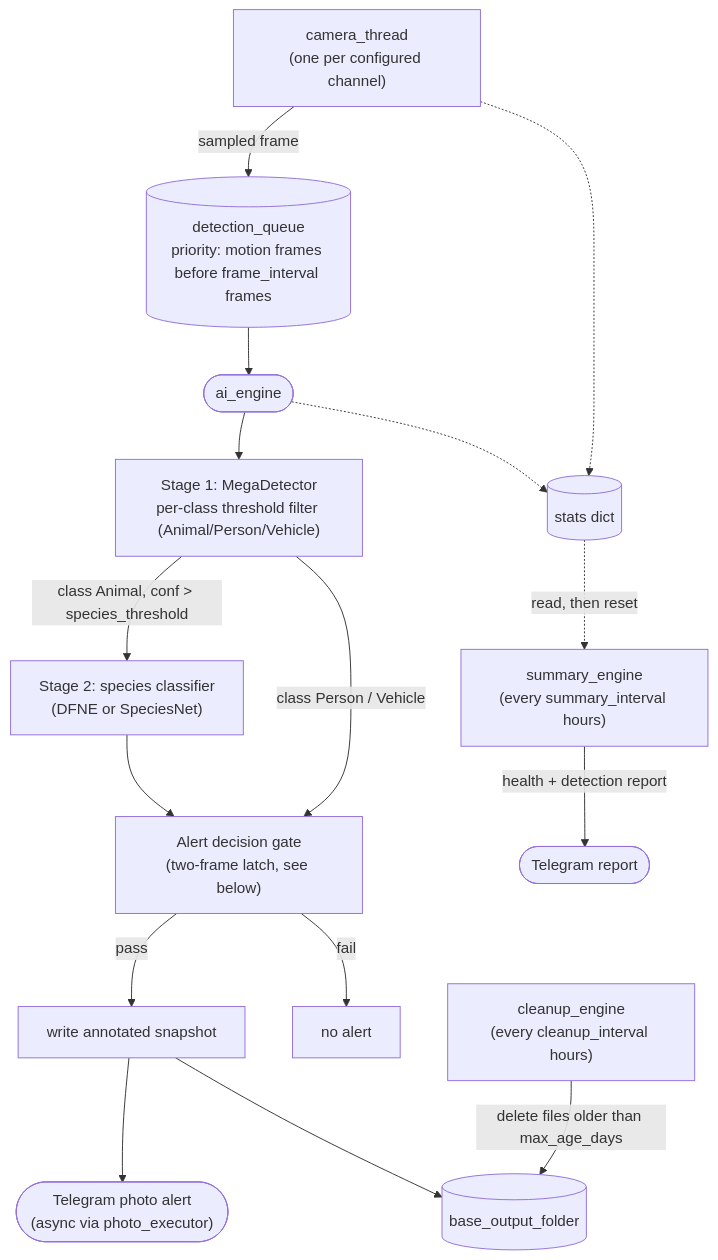
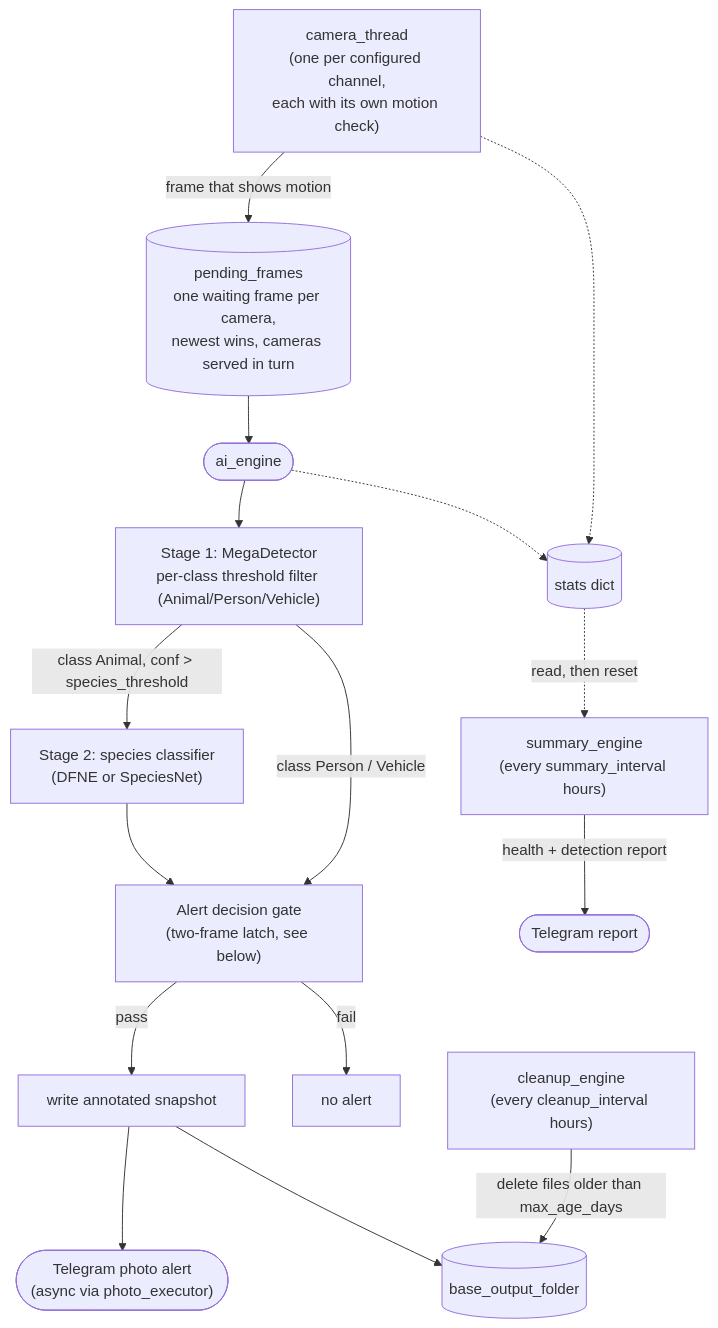
One commit to maximkonovalov/animalscatcher changed the first of 2 diagrams in README.md. Above: the diagram before and after it, drawn with Mermaid. The commit also changed other lines of this file and 14 other files, not shown here.

````diff
--- a/README.md
+++ b/README.md
@@ -257,25 +328,25 @@
 ```mermaid
 flowchart TD
-    C["camera_thread<br/>(one per configured channel)"] -->|sampled frame| Q
+    C["camera_thread<br/>(one per configured channel,<br/>each with its own motion check)"] -->|frame that shows motion| Q
 
-    Q[("detection_queue<br/>priority: motion frames before frame_interval frames")] --> AI(["ai_engine"])
+    Q[("pending_frames<br/>one waiting frame per camera,<br/>newest wins, cameras served in turn")] --> AI(["ai_engine"])
 
     AI --> MD["Stage 1: MegaDetector<br/>per-class threshold filter (Animal/Person/Vehicle)"]
     MD -->|"class Animal, conf > species_threshold"| SC["Stage 2: species classifier<br/>(DFNE or SpeciesNet)"]
     MD -->|"class Person / Vehicle"| Gate
     SC --> Gate["Alert decision gate<br/>(two-frame latch, see below)"]
 
     Gate -->|pass| Snap["write annotated snapshot"]
     Gate -->|fail| NoOp["no alert"]
     Snap --> TG(["Telegram photo alert<br/>(async via photo_executor)"])
     Snap --> Out[("base_output_folder")]
 
     Stats[("stats dict")]
     C -.-> Stats
     AI -.-> Stats
 
     Sum["summary_engine<br/>(every summary_interval hours)"] -->|health + detection report| TG2(["Telegram report"])
     Stats -.->|read, then reset| Sum
 
     Clean["cleanup_engine<br/>(every cleanup_interval hours)"] -->|delete files older than max_age_days| Out
 ```
````
